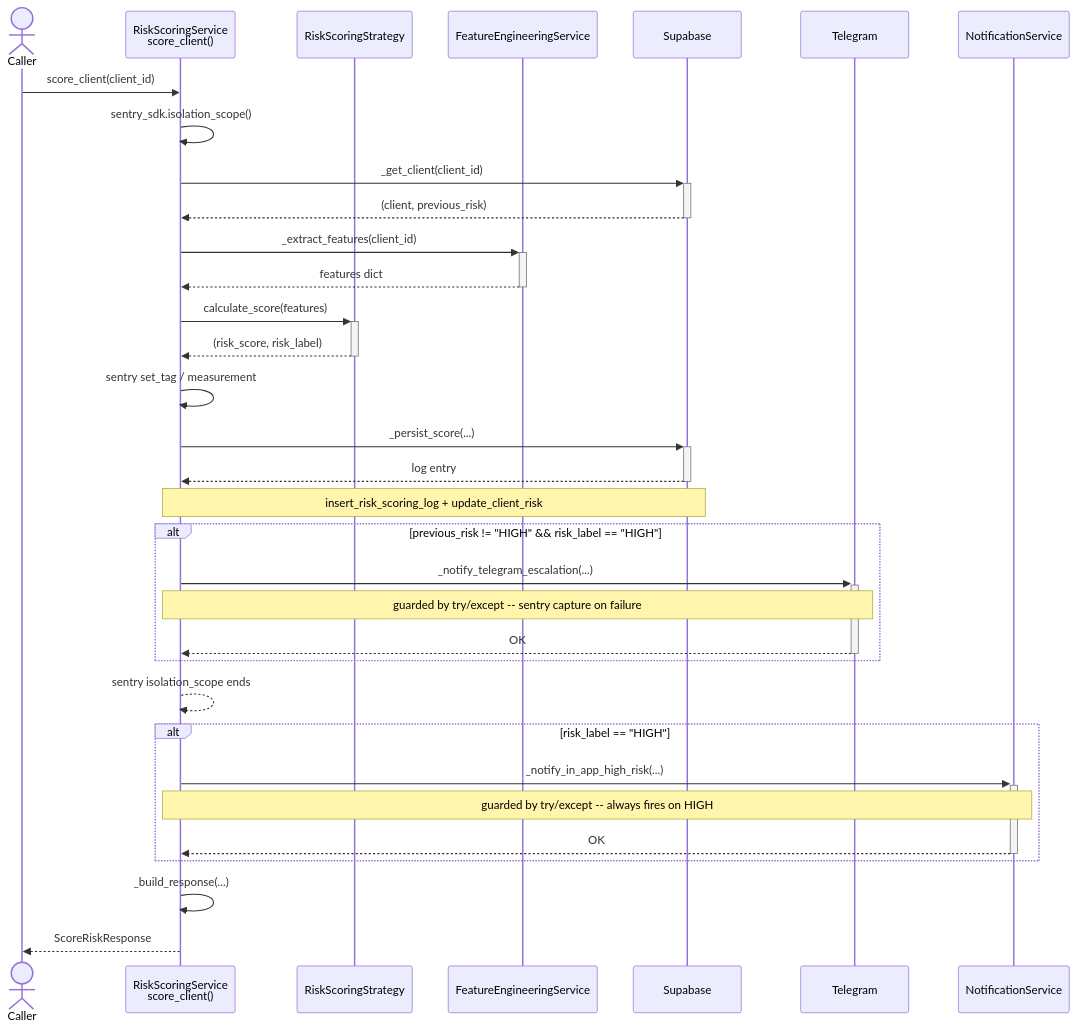
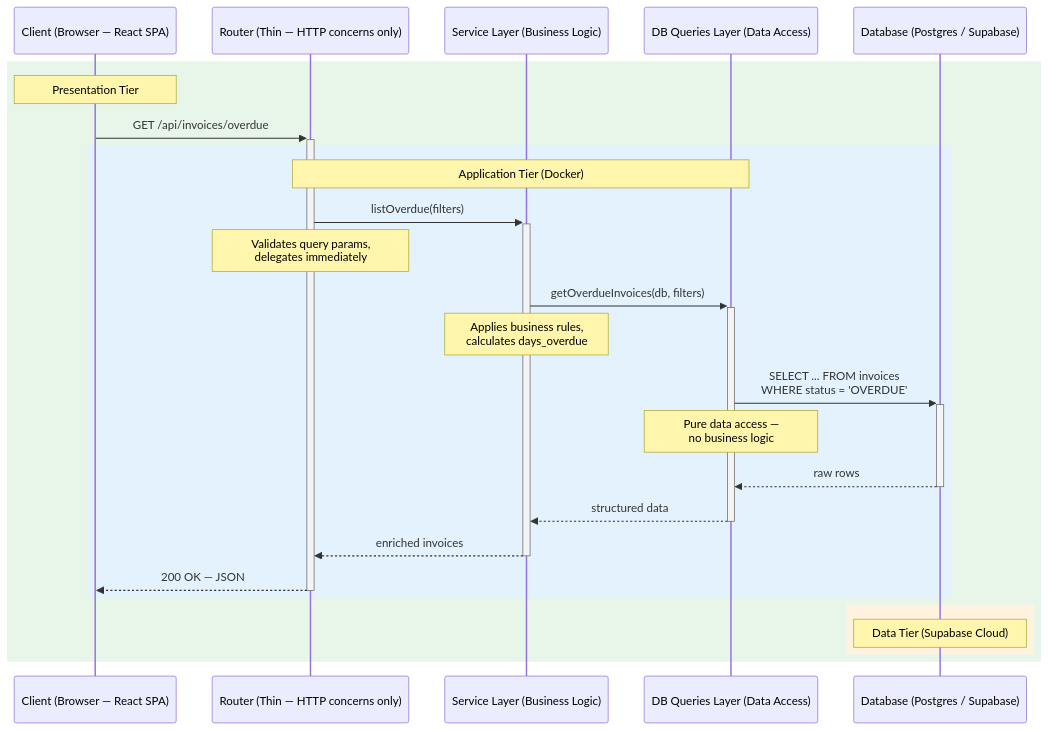
Before and after one commit to adipppp/sira-diagram: the second of 2 diagrams in architecture-comparison.md, drawn with Mermaid. The commit also changed other lines of this file, not shown here.

Commit message:
refactor architecture comparison diagrams for clarity and detail

````diff
--- a/architecture-comparison.md
+++ b/architecture-comparison.md
@@ -277,45 +48,39 @@
 ```mermaid
 sequenceDiagram
-    actor C as Caller
-    participant S as RiskScoringService<br/>score_client()
-    participant Strat as RiskScoringStrategy
-    participant FES as FeatureEngineeringService
-    participant DB as Supabase
-    participant Telegram
-    participant Notif as NotificationService
+    participant Client as Client (Browser — React SPA)
+    participant Router as Router (Thin — HTTP concerns only)
+    participant Service as Service Layer (Business Logic)
+    participant DBQueries as DB Queries Layer (Data Access)
+    participant DB as Database (Postgres / Supabase)
 
-    C->>S: score_client(client_id)
-    S->>S: sentry_sdk.isolation_scope()
+    rect rgb(232, 245, 233)
+        Note over Client: Presentation Tier
 
-    S->>+DB: _get_client(client_id)
-    DB-->>-S: (client, previous_risk)
+        Client->>+Router: GET /api/invoices/overdue
 
-    S->>+FES: _extract_features(client_id)
-    FES-->>-S: features dict
+        rect rgb(227, 242, 253)
+            Note over Router,DBQueries: Application Tier (Docker)
 
-    S->>+Strat: calculate_score(features)
-    Strat-->>-S: (risk_score, risk_label)
+            Router->>+Service: listOverdue(filters)
+            Note over Router: Validates query params,<br>delegates immediately
 
-    S->>S: sentry set_tag / measurement
+            Service->>+DBQueries: getOverdueInvoices(db, filters)
+            Note over Service: Applies business rules,<br>calculates days_overdue
 
-    S->>+DB: _persist_score(...)
-    DB-->>-S: log entry
-    note over S,DB: insert_risk_scoring_log + update_client_risk
+            DBQueries->>+DB: SELECT ... FROM invoices<br>WHERE status = 'OVERDUE'
+            Note over DBQueries: Pure data access —<br>no business logic
 
-    alt previous_risk != "HIGH" && risk_label == "HIGH"
-        S->>+Telegram: _notify_telegram_escalation(...)
-        note over S,Telegram: guarded by try/except -- sentry capture on failure
-        Telegram-->>-S: OK
+            DB-->>-DBQueries: raw rows
+
+            DBQueries-->>-Service: structured data
+
+            Service-->>-Router: enriched invoices
+
+            Router-->>-Client: 200 OK — JSON
+        end
+
+        rect rgb(255, 243, 224)
+            Note over DB: Data Tier (Supabase Cloud)
+        end
     end
-
-    S-->>S: sentry isolation_scope ends
-
-    alt risk_label == "HIGH"
-        S->>+Notif: _notify_in_app_high_risk(...)
-        note over S,Notif: guarded by try/except -- always fires on HIGH
-        Notif-->>-S: OK
-    end
-
-    S->>S: _build_response(...)
-    S-->>C: ScoreRiskResponse
 ```
````
